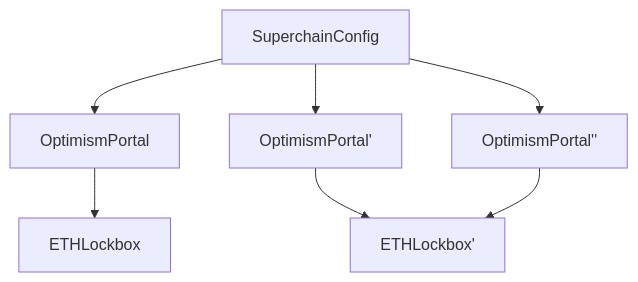
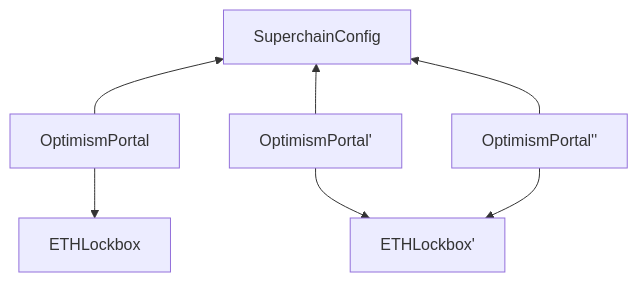
One commit to ethereum-optimism/design-docs changed the diagram in protocol/eth-shared-lockbox.md. Above: the diagram before and after it, drawn with Mermaid. The commit also changed other lines of this file, not shown here.

````diff
--- a/protocol/eth-shared-lockbox.md
+++ b/protocol/eth-shared-lockbox.md
@@ -93,10 +93,15 @@
 ```mermaid
 flowchart TD
-  SuperchainConfig --> OptimismPortal
-  SuperchainConfig --> OptimismPortal'
-  SuperchainConfig --> OptimismPortal''
+  SuperchainConfig ~~~ OptimismPortal --> SuperchainConfig
+  OptimismPortal ~~~ SuperchainConfig
+
+  SuperchainConfig ~~~ OptimismPortal' --> SuperchainConfig
+  OptimismPortal' ~~~ SuperchainConfig
+
+  SuperchainConfig ~~~ OptimismPortal'' --> SuperchainConfig
+  OptimismPortal'' ~~~ SuperchainConfig
 
   OptimismPortal --> ETHLockbox
   OptimismPortal' --> ETHLockbox'
   OptimismPortal'' --> ETHLockbox'
 ```
````
